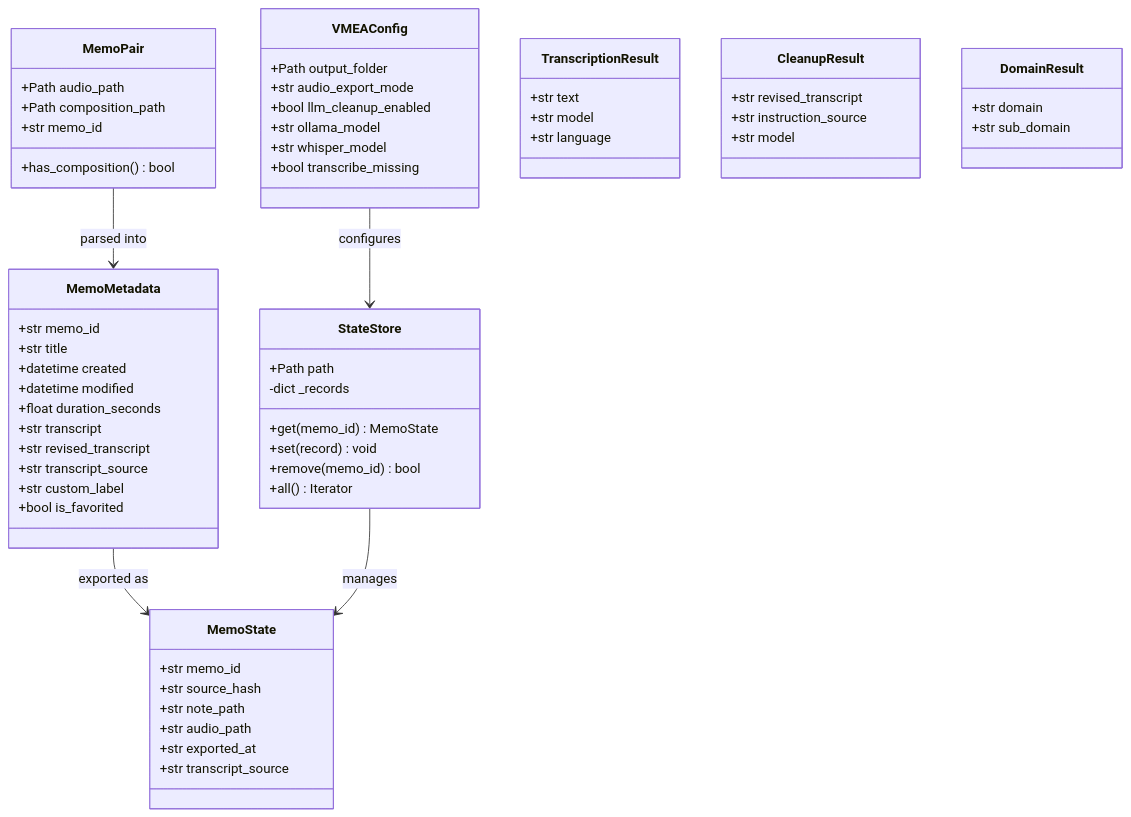
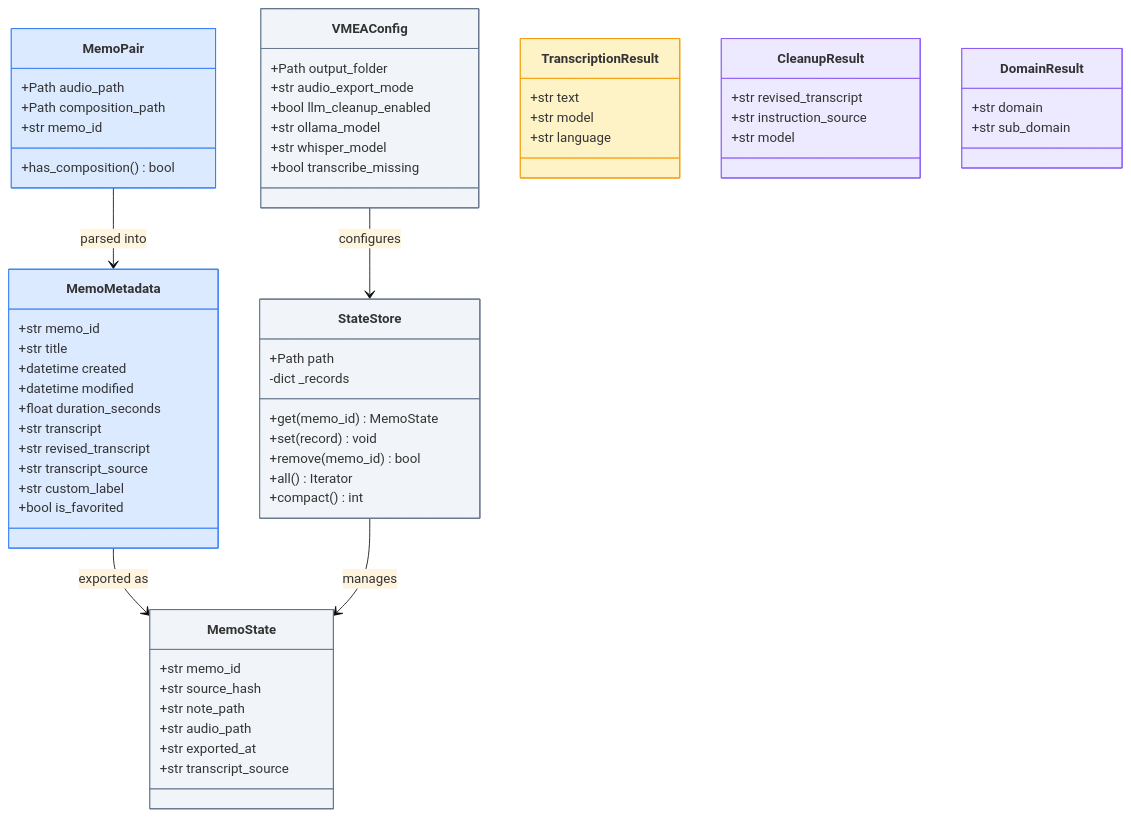
One commit to klappe-pm/vmea changed the fourth of 5 diagrams in README.md. Above: the diagram before and after it, drawn with Mermaid. The commit also changed other lines of this file, not shown here.

First line of the commit message:
docs: Add summary, move diagrams to bottom, apply consistent color scheme

````diff
--- a/README.md
+++ b/README.md
@@ -114,71 +520,82 @@
 ```mermaid
+%%{init: {'theme': 'base'}}%%
 classDiagram
+    class MemoPair {
+        +Path audio_path
+        +Path composition_path
+        +str memo_id
+        +has_composition() bool
+    }
+
     class MemoMetadata {
         +str memo_id
         +str title
         +datetime created
         +datetime modified
         +float duration_seconds
         +str transcript
         +str revised_transcript
         +str transcript_source
         +str custom_label
         +bool is_favorited
-    }
-
-    class MemoPair {
-        +Path audio_path
-        +Path composition_path
-        +str memo_id
-        +has_composition() bool
     }
 
     class MemoState {
         +str memo_id
         +str source_hash
         +str note_path
         +str audio_path
         +str exported_at
         +str transcript_source
     }
 
     class StateStore {
         +Path path
         -dict _records
         +get(memo_id) MemoState
         +set(record) void
         +remove(memo_id) bool
         +all() Iterator
+        +compact() int
     }
 
     class VMEAConfig {
         +Path output_folder
         +str audio_export_mode
         +bool llm_cleanup_enabled
         +str ollama_model
         +str whisper_model
         +bool transcribe_missing
     }
 
     class TranscriptionResult {
         +str text
         +str model
         +str language
     }
 
     class CleanupResult {
         +str revised_transcript
         +str instruction_source
         +str model
     }
 
     class DomainResult {
         +str domain
         +str sub_domain
     }
 
     MemoPair --> MemoMetadata : parsed into
     MemoMetadata --> MemoState : exported as
     StateStore --> MemoState : manages
     VMEAConfig --> StateStore : configures
+
+    style MemoPair fill:#dbeafe,stroke:#3b82f6
+    style MemoMetadata fill:#dbeafe,stroke:#3b82f6
+    style MemoState fill:#f1f5f9,stroke:#64748b
+    style StateStore fill:#f1f5f9,stroke:#64748b
+    style VMEAConfig fill:#f1f5f9,stroke:#64748b
+    style TranscriptionResult fill:#fef3c7,stroke:#f59e0b
+    style CleanupResult fill:#ede9fe,stroke:#8b5cf6
+    style DomainResult fill:#ede9fe,stroke:#8b5cf6
 ```
````
